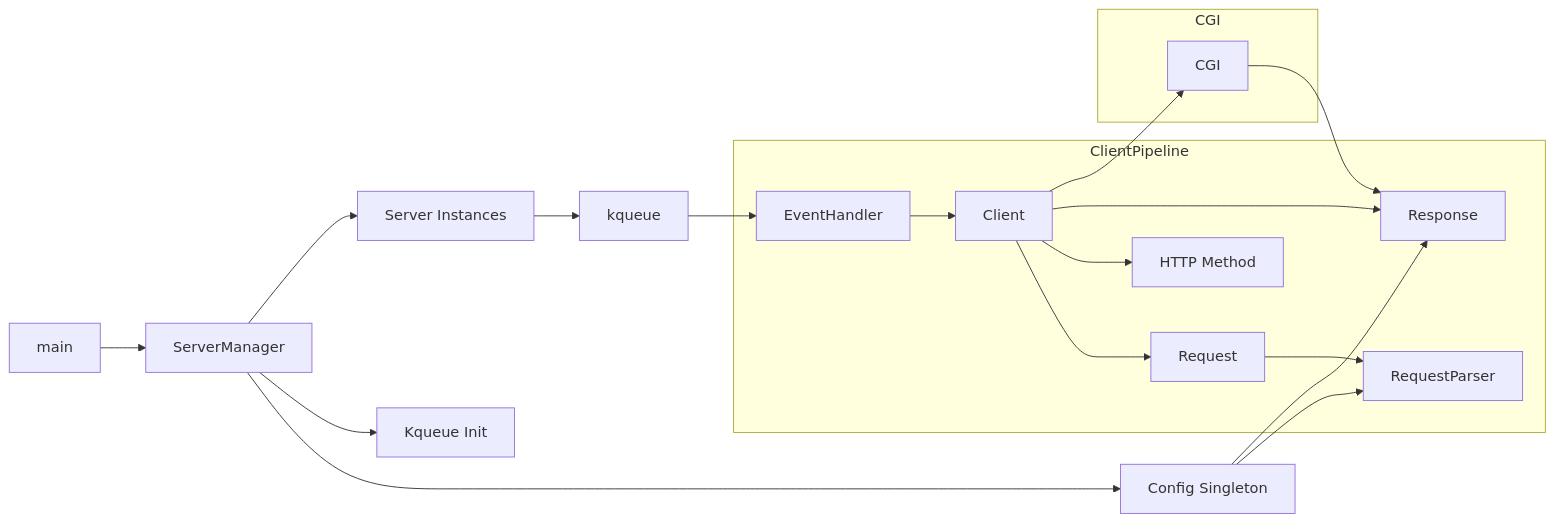
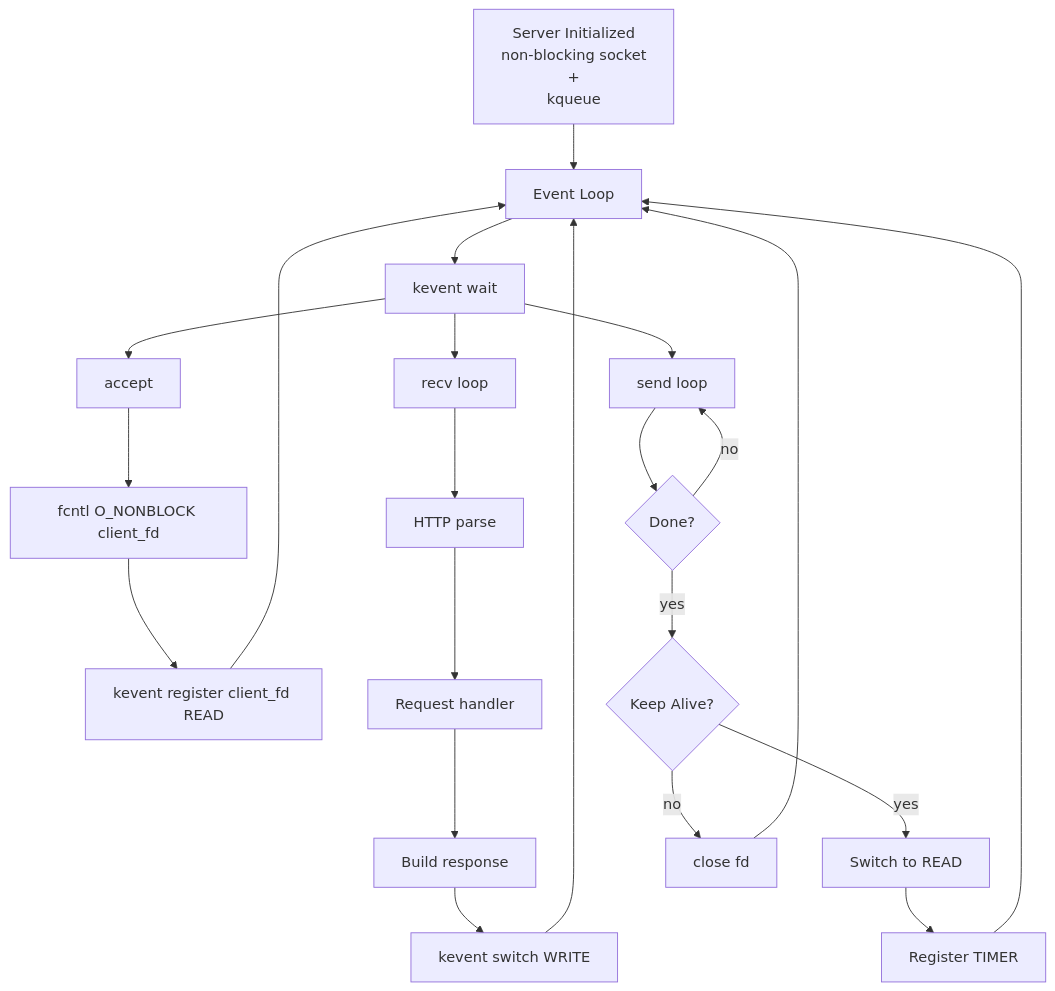
The diagram in README.md (Clearsu/webserv), drawn with Mermaid before and after one commit. The commit also changed other lines of this file, not shown here.

First line of the commit message:
Revise diagrams and descriptions in README

````diff
--- a/README.md
+++ b/README.md
@@ -28,26 +27,34 @@
 ```mermaid
-flowchart LR
-  A[main] --> B[ServerManager]
-  B --> C[Config Singleton]
-  B --> D[Kqueue Init]
-  B --> E[Server Instances]
+flowchart TD
+    A[Server Initialized<br/>non-blocking socket<br/>+<br/>kqueue]
 
-  E --> KQ[kqueue]
-  KQ --> H[EventHandler]
+    I[Event Loop]
+    J[kevent wait]
 
-  subgraph ClientPipeline
-    H --> CL[Client]
-    CL --> RQ[Request]
-    RQ --> RP[RequestParser]
-    CL --> MT[HTTP Method]
-    CL --> RS[Response]
-  end
+    K[accept]
+    L[fcntl O_NONBLOCK client_fd]
+    M[kevent register client_fd READ]
 
-  subgraph CGI
-    CL --> CGIExec[CGI]
-    CGIExec --> RS
-  end
+    N[recv loop]
+    O[HTTP parse]
+    P[Request handler]
+    Q[Build response]
+    R[kevent switch WRITE]
 
-  C --> RP
-  C --> RS
+    S[send loop]
+    T{Done?}
+    U{Keep Alive?}
+    V[Switch to READ]
+    W[Register TIMER]
+    X[close fd]
+
+    A --> I
+    I --> J
+    J --> K --> L --> M --> I
+    J --> N --> O --> P --> Q --> R --> I
+    J --> S --> T
+    T -->|no| S
+    T -->|yes| U
+    U -->|yes| V --> W --> I
+    U -->|no| X --> I
 ```
````
